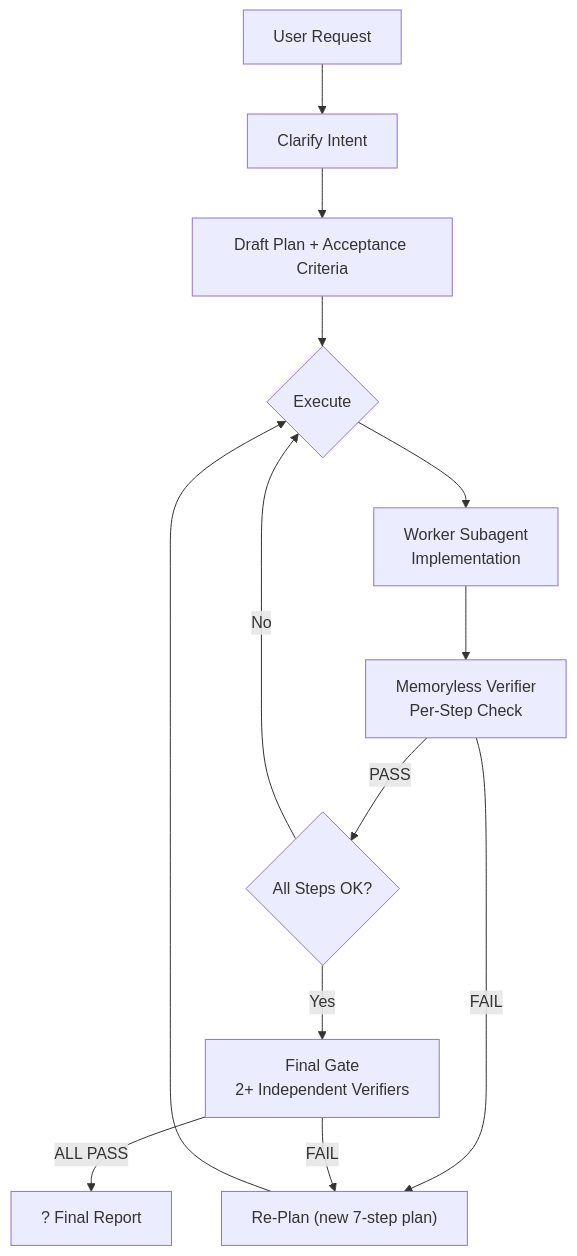
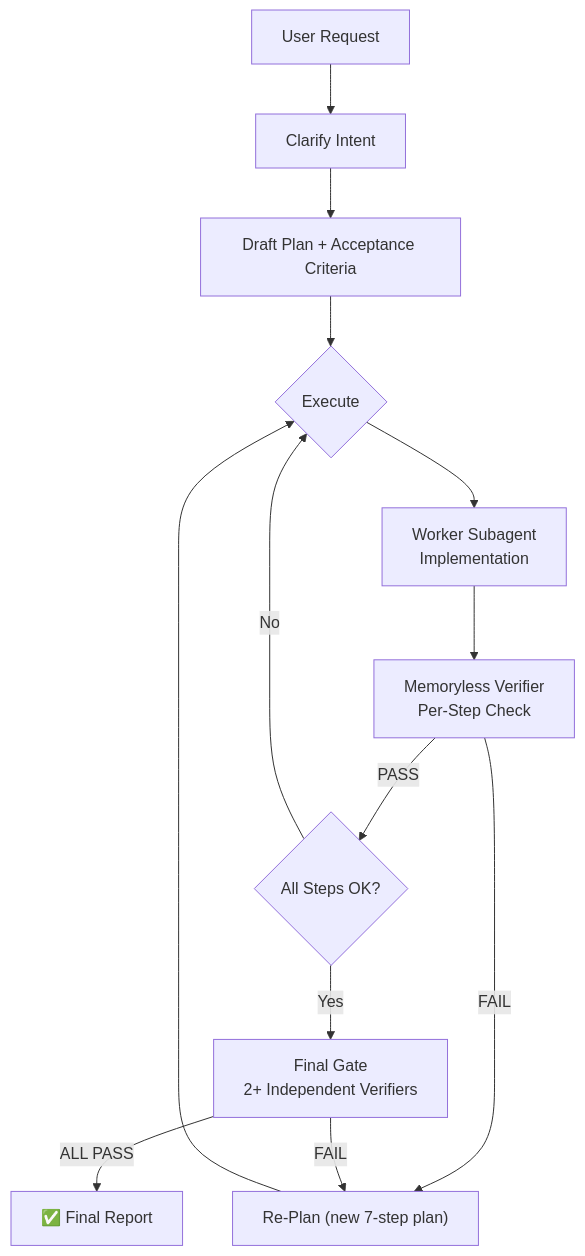
Before and after one commit to bauerelizabeth07139/plan-guardian-skill: the diagram in README.md, drawn with Mermaid. The commit also changed other lines of this file, not shown here.

````diff
--- a/README.md
+++ b/README.md
@@ -35,14 +59,14 @@
 ```mermaid
 flowchart TD
     A[User Request] --> B[Clarify Intent]
     B --> C[Draft Plan + Acceptance Criteria]
     C --> D{Execute}
     D --> E[Worker Subagent<br/>Implementation]
     E --> F[Memoryless Verifier<br/>Per-Step Check]
     F -->|PASS| G{All Steps OK?}
     F -->|FAIL| H["Re-Plan (new 7-step plan)"] --> D
     G -->|Yes| I[Final Gate<br/>2+ Independent Verifiers]
     G -->|No| D
-    I -->|ALL PASS| J[? Final Report]
+    I -->|ALL PASS| J[✅ Final Report]
     I -->|FAIL| H
 ```
````
